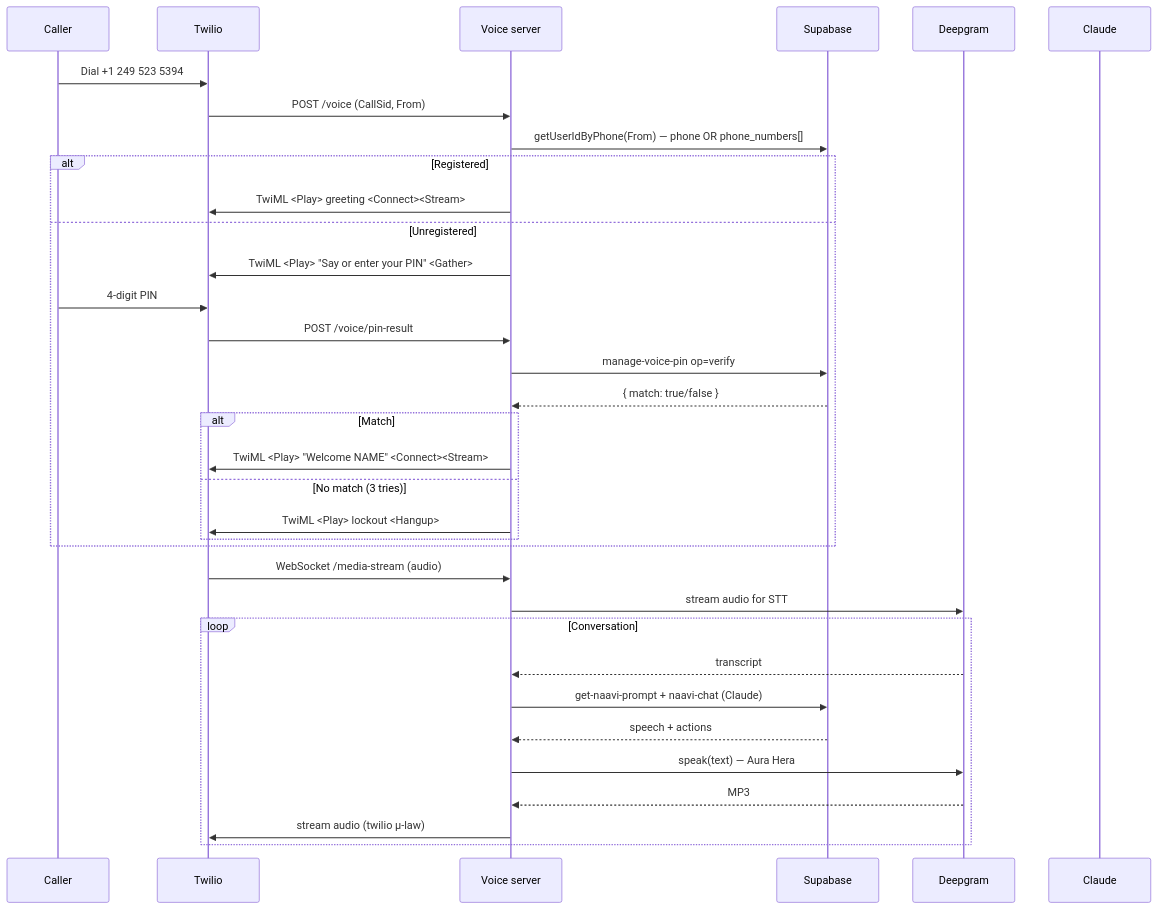
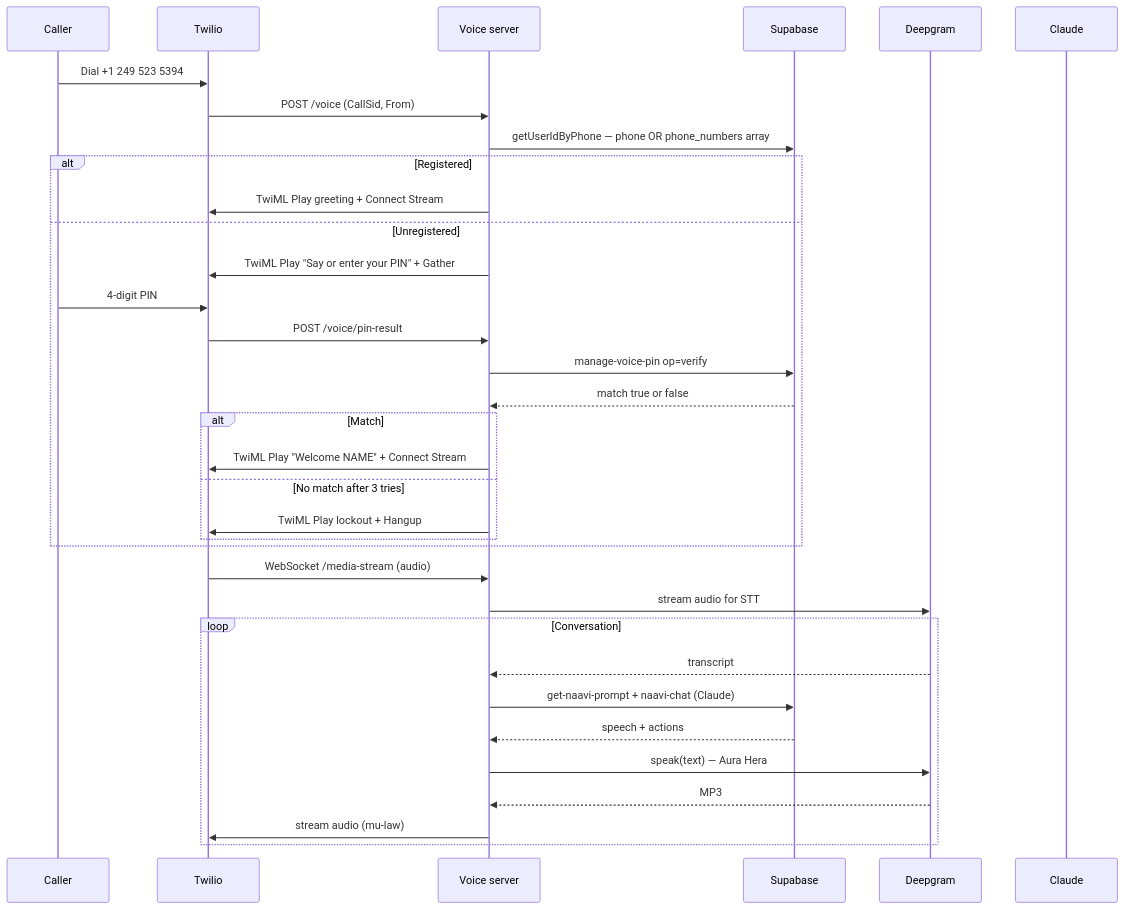
The second of 10 diagrams in docs/ARCHITECTURE_2026-05-13.md (munk2207/naavi-app), drawn with Mermaid before and after one commit. The commit also changed other lines of this file and 1 other file, not shown here.

````diff
--- a/docs/ARCHITECTURE_2026-05-13.md
+++ b/docs/ARCHITECTURE_2026-05-13.md
@@ -200,38 +200,38 @@
 ```mermaid
 sequenceDiagram
   participant C as Caller
   participant T as Twilio
   participant V as Voice server
   participant SB as Supabase
   participant DG as Deepgram
   participant CL as Claude
 
   C->>T: Dial +1 249 523 5394
   T->>V: POST /voice (CallSid, From)
-  V->>SB: getUserIdByPhone(From) — phone OR phone_numbers[]
+  V->>SB: getUserIdByPhone — phone OR phone_numbers array
   alt Registered
-    V->>T: TwiML <Play> greeting <Connect><Stream>
+    V->>T: TwiML Play greeting + Connect Stream
   else Unregistered
-    V->>T: TwiML <Play> "Say or enter your PIN" <Gather>
+    V->>T: TwiML Play "Say or enter your PIN" + Gather
     C->>T: 4-digit PIN
     T->>V: POST /voice/pin-result
     V->>SB: manage-voice-pin op=verify
-    SB-->>V: { match: true/false }
+    SB-->>V: match true or false
     alt Match
-      V->>T: TwiML <Play> "Welcome NAME" <Connect><Stream>
-    else No match (3 tries)
-      V->>T: TwiML <Play> lockout <Hangup>
+      V->>T: TwiML Play "Welcome NAME" + Connect Stream
+    else No match after 3 tries
+      V->>T: TwiML Play lockout + Hangup
     end
   end
 
   T->>V: WebSocket /media-stream (audio)
   V->>DG: stream audio for STT
   loop Conversation
     DG-->>V: transcript
     V->>SB: get-naavi-prompt + naavi-chat (Claude)
     SB-->>V: speech + actions
     V->>DG: speak(text) — Aura Hera
     DG-->>V: MP3
-    V->>T: stream audio (twilio µ-law)
+    V->>T: stream audio (mu-law)
   end
 ```
````
